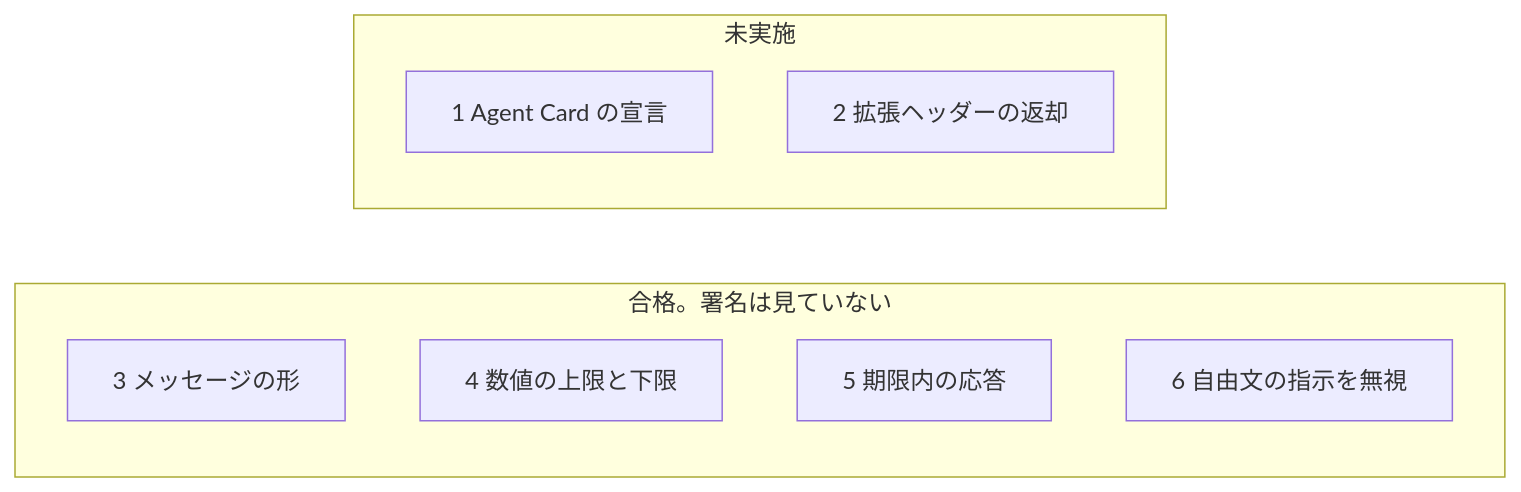
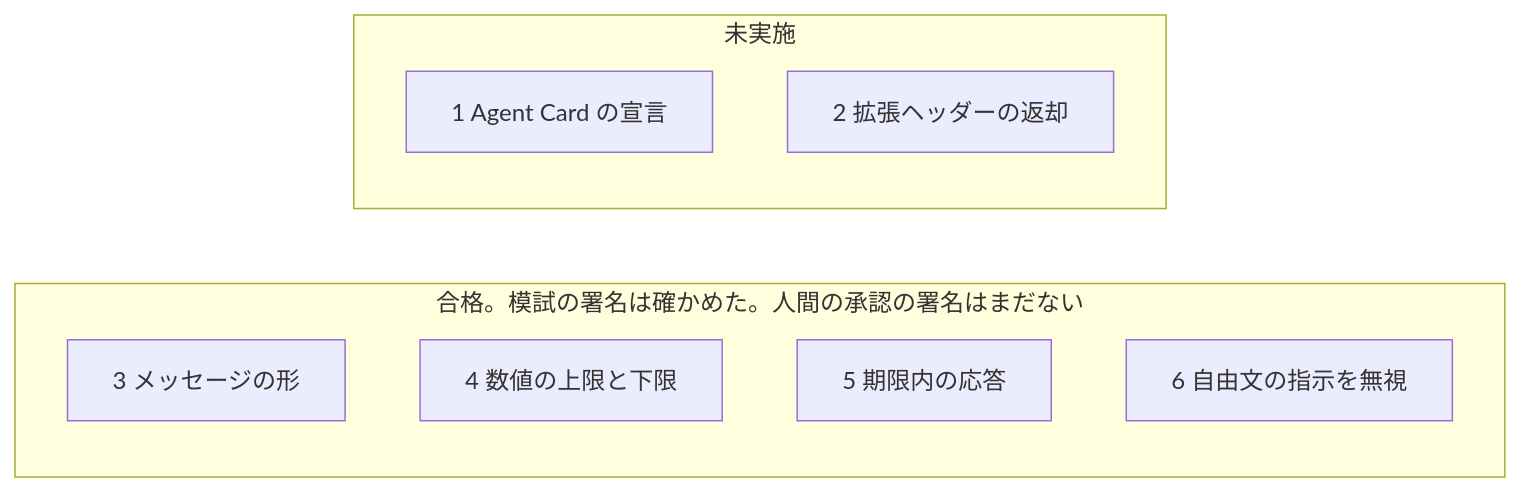
Before and after one commit to ranma-s/a2aix: the second of 2 diagrams in docs/feature-map.md, drawn with Mermaid. The commit also changed other lines of this file and 39 other files, not shown here.

````diff
--- a/docs/feature-map.md
+++ b/docs/feature-map.md
@@ -28,13 +28,13 @@
 ```mermaid
 flowchart LR
-  subgraph pass["合格。署名は見ていない"]
+  subgraph pass["合格。模試の署名は確かめた。人間の承認の署名はまだない"]
     item3["3 メッセージの形"]
     item4["4 数値の上限と下限"]
     item5["5 期限内の応答"]
     item6["6 自由文の指示を無視"]
   end
   subgraph pending["未実施"]
     item1["1 Agent Card の宣言"]
     item2["2 拡張ヘッダーの返却"]
   end
 ```
````
